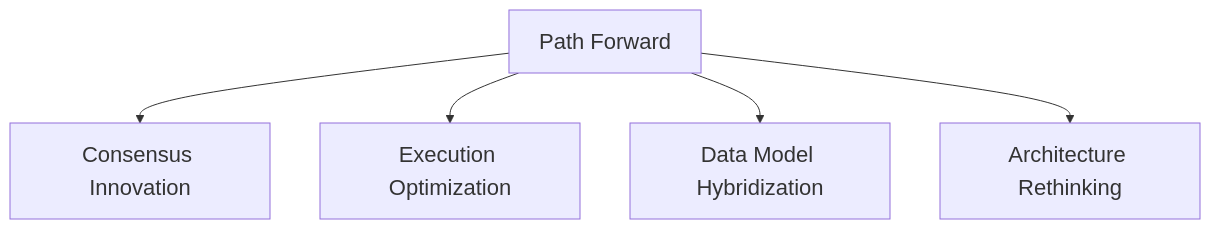
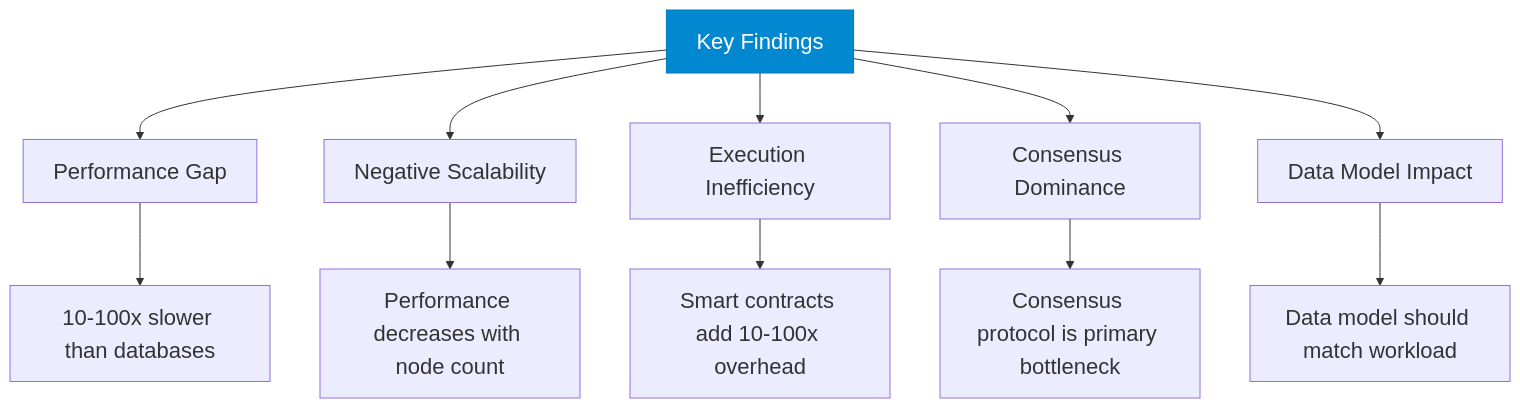
One commit to ces0491/blockbench-presentation changed the ninth of 10 diagrams in blockbench-presentation.qmd. Above: the diagram before and after it, drawn with Mermaid. The commit also changed other lines of this file and 11 other files, not shown here.

````diff
--- a/blockbench-presentation.qmd
+++ b/blockbench-presentation.qmd
@@ -584,8 +599,15 @@
 ```{mermaid}
-%%{init: {'theme': 'default', 'themeVariables': { 'fontSize': '22px', 'primaryColor': '#7C0000', 'primaryBorderColor': '#7C0000', 'primaryTextColor': '#fff', 'secondaryColor': '#006100', 'secondaryBorderColor': '#006100', 'secondaryTextColor': '#fff' }}}%%
+%%{init: {'theme': 'default', 'themeVariables': {'fontSize': '22px'}}}%%
 graph TD
-    A[Path Forward] --> B[Consensus Innovation]
-    A --> C[Execution Optimization]
-    A --> D[Data Model Hybridization]
-    A --> E[Architecture Rethinking]
+    A[Key Findings] --> B[Performance Gap]
+    A --> C[Negative Scalability]
+    A --> D[Execution Inefficiency]
+    A --> E[Consensus Dominance]
+    A --> F[Data Model Impact]
+    B --> B1[10-100x slower than databases]
+    C --> C1[Performance decreases with node count]
+    D --> D1[Smart contracts add 10-100x overhead]
+    E --> E1[Consensus protocol is primary bottleneck]
+    F --> F1[Data model should match workload]
+    style A fill:#0288d1,stroke:#0277bd,color:#fff
 ```
````
